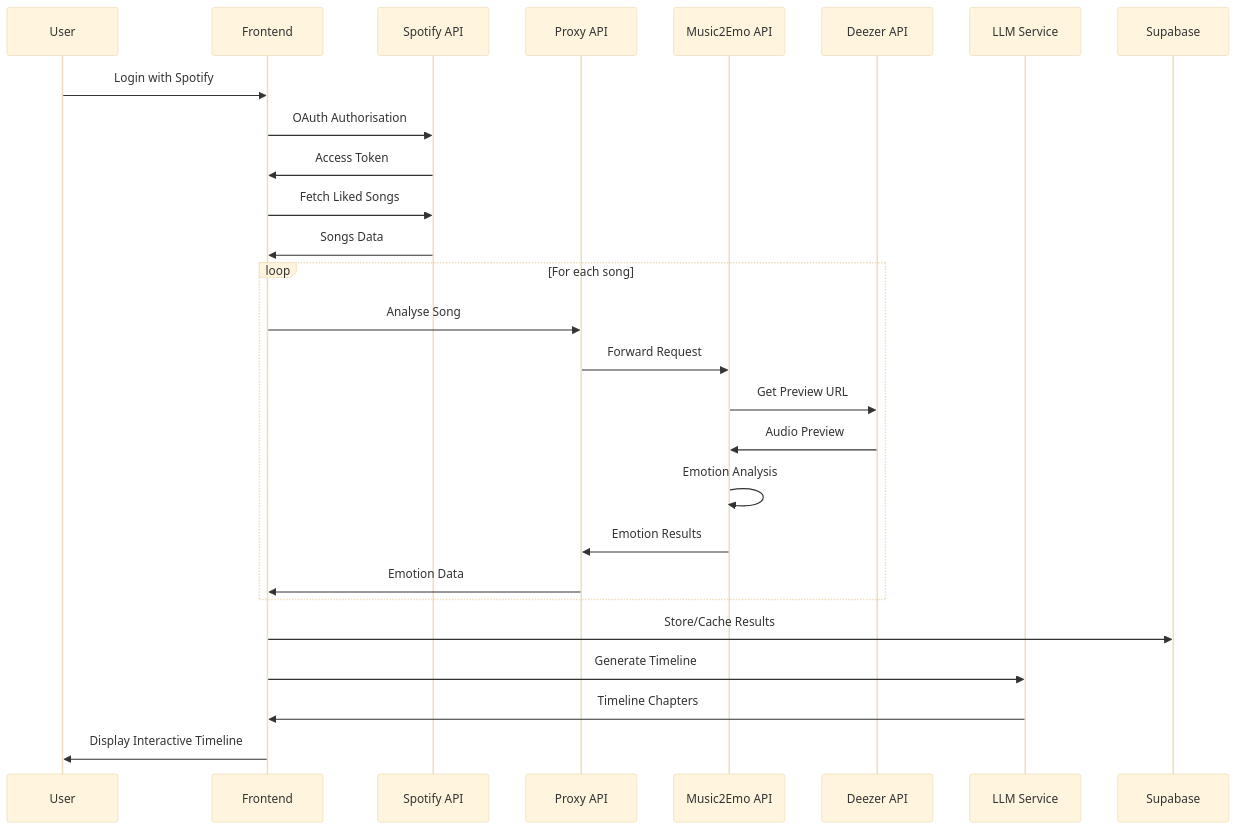
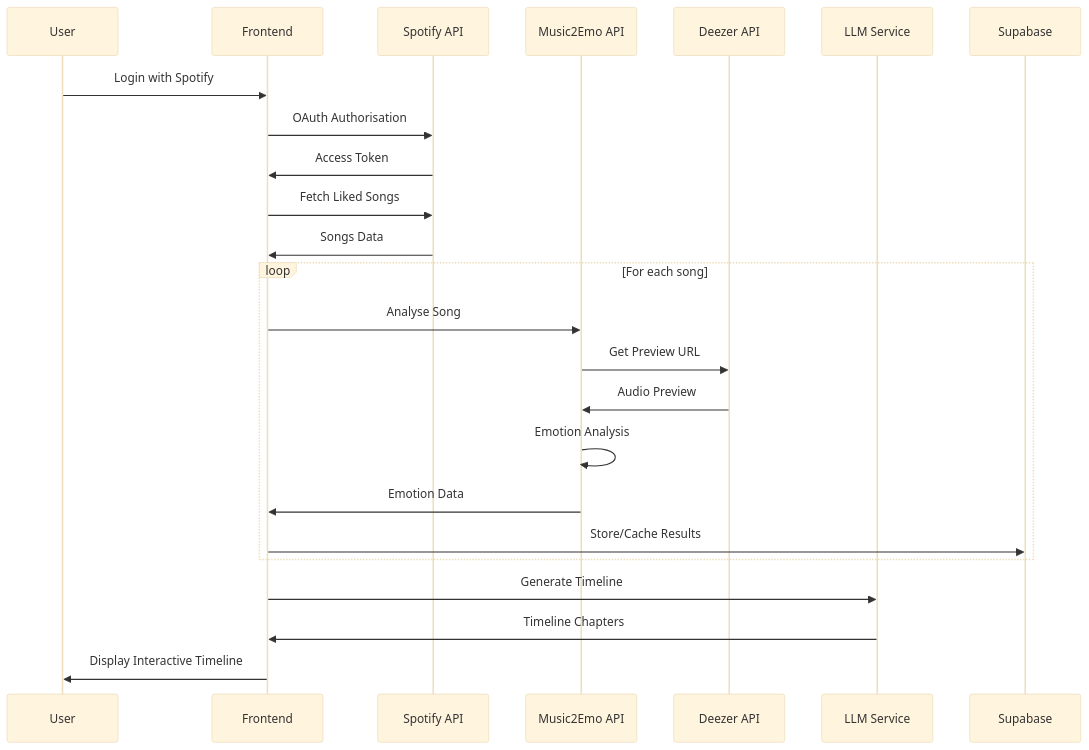
One commit to bjh-developer/vibelines changed the second of 2 diagrams in docs/TECHNICAL_DOCUMENTATION.md. Above: the diagram before and after it, drawn with Mermaid (base theme). The commit also changed other lines of this file, not shown here.

````diff
--- a/docs/TECHNICAL_DOCUMENTATION.md
+++ b/docs/TECHNICAL_DOCUMENTATION.md
@@ -85,32 +85,29 @@
 ```mermaid
 sequenceDiagram
     participant U as User
     participant F as Frontend
     participant S as Spotify API
-    participant P as Proxy API
     participant M as Music2Emo API
     participant D as Deezer API
     participant L as LLM Service
     participant DB as Supabase
     
     U->>F: Login with Spotify
     F->>S: OAuth Authorisation
     S->>F: Access Token
     F->>S: Fetch Liked Songs
     S->>F: Songs Data
     
     loop For each song
-        F->>P: Analyse Song
-        P->>M: Forward Request
+        F->>M: Analyse Song
         M->>D: Get Preview URL
         D->>M: Audio Preview
         M->>M: Emotion Analysis
-        M->>P: Emotion Results
-        P->>F: Emotion Data
+        M->>F: Emotion Data
+        F->>DB: Store/Cache Results
     end
     
-    F->>DB: Store/Cache Results
     F->>L: Generate Timeline
     L->>F: Timeline Chapters
     F->>U: Display Interactive Timeline
 ```
````
